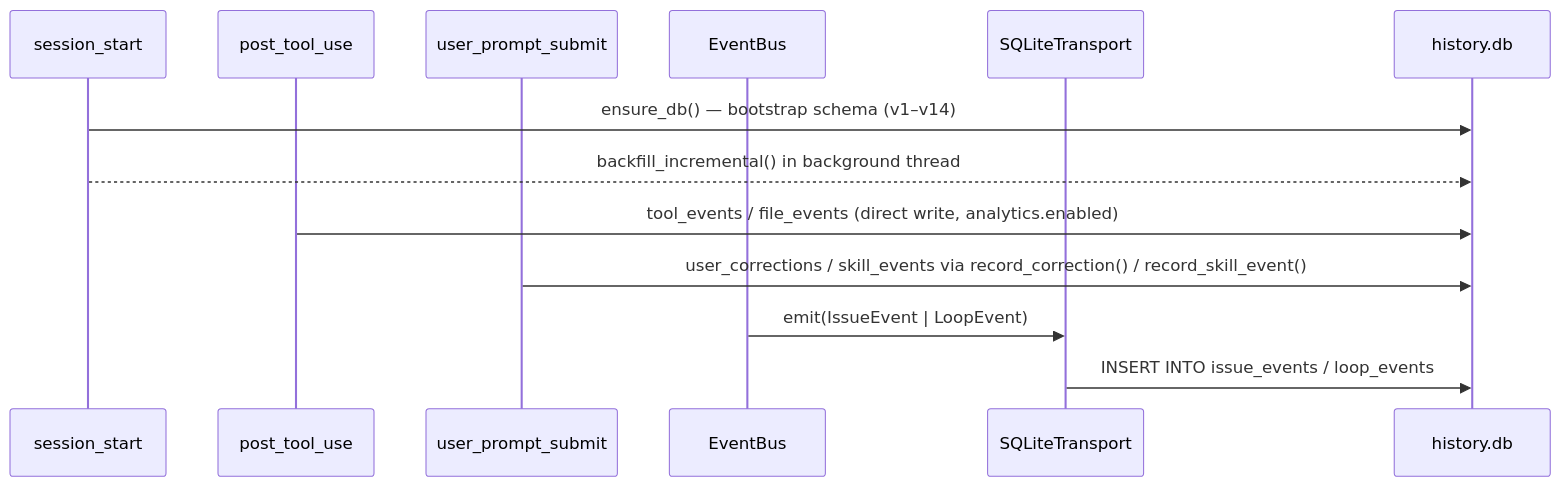
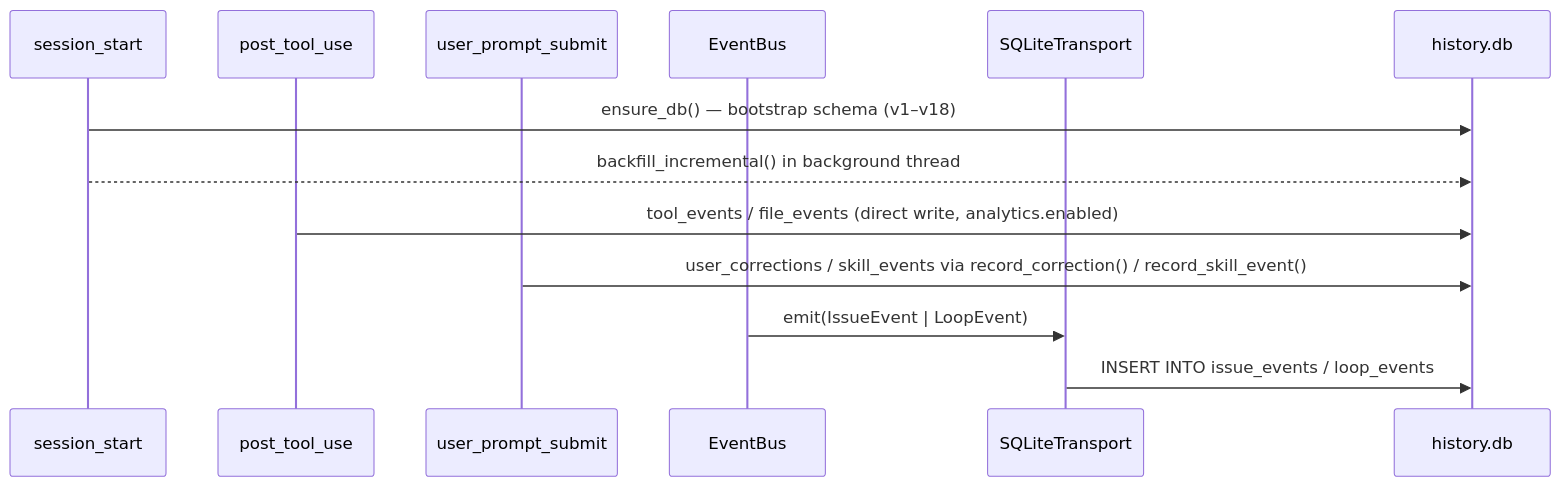
Before and after one commit to BrennonTWilliams/little-loops: the sixth of 17 diagrams in docs/ARCHITECTURE.md, drawn with Mermaid. The commit also changed other lines of this file and 8 other files, not shown here.

````diff
--- a/docs/ARCHITECTURE.md
+++ b/docs/ARCHITECTURE.md
@@ -611,16 +665,16 @@
 ```mermaid
 sequenceDiagram
     participant SS as session_start
     participant PTU as post_tool_use
     participant UPS as user_prompt_submit
     participant EB as EventBus
     participant ST as SQLiteTransport
     participant DB as history.db
 
-    SS->>DB: ensure_db() — bootstrap schema (v1–v14)
+    SS->>DB: ensure_db() — bootstrap schema (v1–v18)
     SS-->>DB: backfill_incremental() in background thread
     PTU->>DB: tool_events / file_events (direct write, analytics.enabled)
     UPS->>DB: user_corrections / skill_events via record_correction() / record_skill_event()
     EB->>ST: emit(IssueEvent | LoopEvent)
     ST->>DB: INSERT INTO issue_events / loop_events
 ```
````
